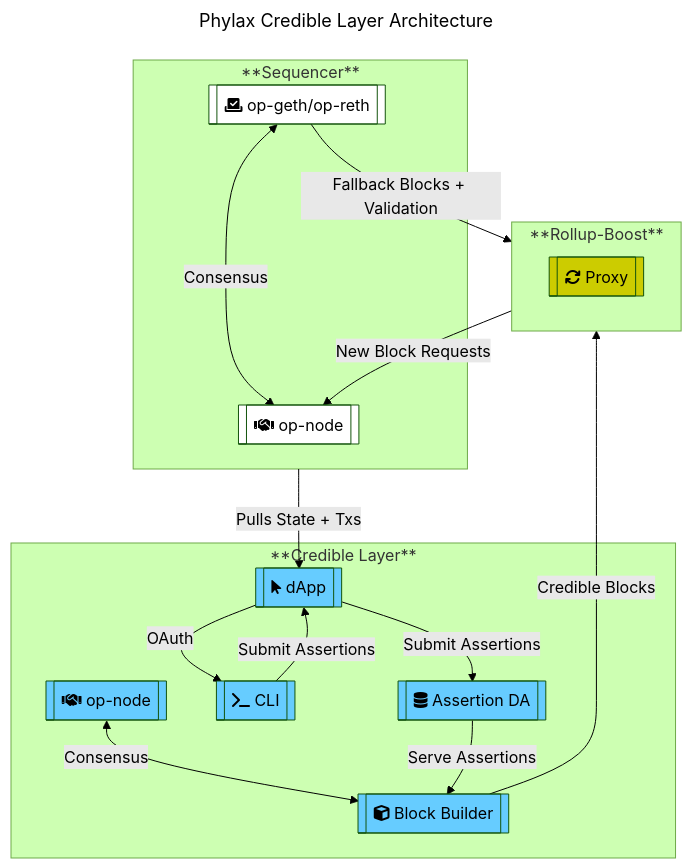
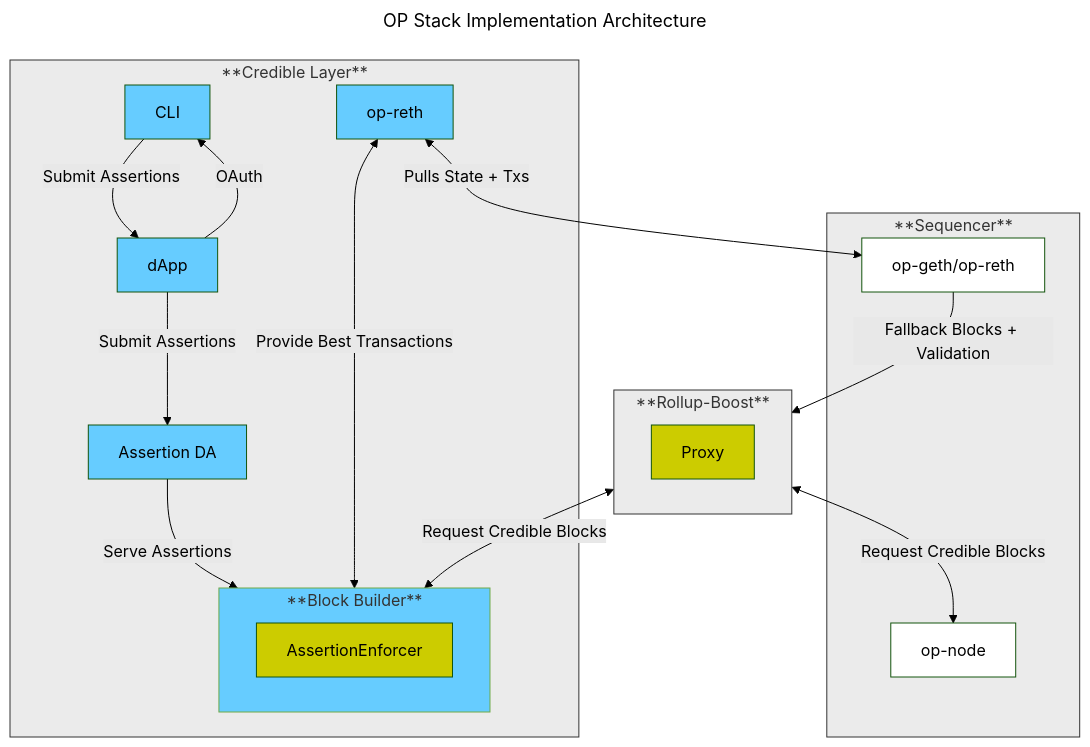
One commit to phylaxsystems/phylax-docs changed the second of 3 diagrams in credible/architecture.mdx. Above: the diagram before and after it, drawn with Mermaid (forest theme). The commit also changed other lines of this file, not shown here.

````diff
--- a/credible/architecture.mdx
+++ b/credible/architecture.mdx
@@ -12,49 +109,54 @@
 ```mermaid
 ---
-title: Phylax Credible Layer Architecture
+title: OP Stack Implementation Architecture
 ---
 flowchart TD
 
 %% Set default styles
 classDef default fill:#fff,color:black
 classDef deployed fill:#66ccff
 classDef dependency fill:#cccc00
+classDef subgraphStyle fill:#EBEBEB,stroke:#333,color:#333
 
 subgraph Sequencer[**Sequencer**]
-    SequencerCL[["fa:fa-handshake" op-node]]
-    SequencerEL[["fa:fa-check-to-slot" op-geth/op-reth]]
-    SequencerEL <--> |Consensus| SequencerCL
+    SequencerCL[op-node]
+    SequencerEL[op-geth/op-reth]
 end
 
 subgraph CredibleLayer[**Credible Layer**]
-    AssertionEnforcerBlockBuilder[["fa:fa-cube" Block Builder]]
-    AssertionEnforcerCL[["fa:fa-handshake" op-node]]
-    AssertionEnforcerCLI[["fa:fa-terminal" CLI]]
-    AssertionEnforcerDapp[["fa:fa-arrow-pointer" dApp]]
-    AssertionDA[["fa:fa-database" Assertion DA]]
+    AssertionEnforcerBlockBuilder[Block Builder]
+    AssertionEnforcerEL[op-reth]
+    AssertionEnforcerCLI[CLI]
+    AssertionEnforcerDapp[dApp]
+    AssertionDA[Assertion DA]
+end
+
+subgraph AssertionEnforcerBlockBuilder[**Block Builder**]
+    AssertionEnforcer
 end
 
 subgraph RollupBoost[**Rollup-Boost**]
-    RollupBoostProxy[["fa:fa-arrows-rotate" Proxy]]
+    RollupBoostProxy[Proxy]
 end
 
-AssertionEnforcerCL <--> |Consensus| AssertionEnforcerBlockBuilder
+SequencerEL --> |Fallback Blocks + Validation| RollupBoost
+
 AssertionDA --> |Serve Assertions| AssertionEnforcerBlockBuilder
 AssertionEnforcerCLI --> |Submit Assertions| AssertionEnforcerDapp
 AssertionEnforcerDapp --> |OAuth| AssertionEnforcerCLI
 AssertionEnforcerDapp --> |Submit Assertions| AssertionDA
 
-Sequencer --> |Pulls State + Txs| AssertionEnforcerDapp
+AssertionEnforcerEL <--> |Pulls State + Txs| SequencerEL
+AssertionEnforcerEL <--> |Provide Best Transactions| AssertionEnforcerBlockBuilder
+RollupBoost <--> |Request Credible Blocks| AssertionEnforcerBlockBuilder
+RollupBoost <--> |Request Credible Blocks| SequencerCL
 
-AssertionEnforcerBlockBuilder --> |Credible Blocks| RollupBoost
 
-RollupBoost --> |New Block Requests| SequencerCL
-SequencerEL --> |Fallback Blocks + Validation| RollupBoost
 
 %% Style all nodes and text to be dark
-class SequencerCL,SequencerEL,SequencerBatcher,SequencerProposer default
-class AssertionEnforcerBlockBuilder,AssertionEnforcerCL,AssertionEnforcerCLI,AssertionEnforcerDapp,AssertionDA deployed
-class RollupBoostProxy dependency
+class SequencerCL,SequencerEL default
+class AssertionEnforcerBlockBuilder,AssertionEnforcerEL,AssertionEnforcerCLI,AssertionEnforcerDapp,AssertionDA deployed
+class RollupBoostProxy,AssertionEnforcer dependency
 
-class Sequencer subgraphStyle
+class Sequencer,CredibleLayer,RollupBoost subgraphStyle
 ```
````
